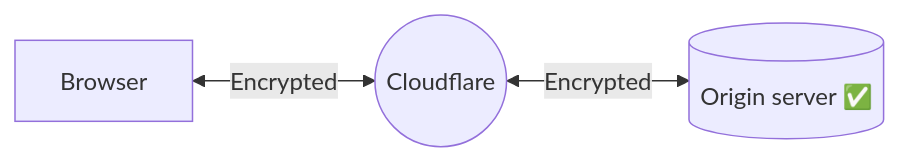
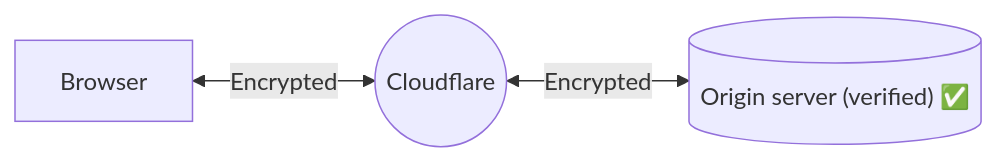
One commit to cloudflare/cloudflare-docs changed the diagram in content/ssl/origin-configuration/ssl-modes/ssl-only-origin-pull.md. Above: the diagram before and after it, drawn with Mermaid. The commit also changed 1 other file, not shown here.

Commit message:
clarified ssl diagrams

```diff
--- a/content/ssl/origin-configuration/ssl-modes/ssl-only-origin-pull.md
+++ b/content/ssl/origin-configuration/ssl-modes/ssl-only-origin-pull.md
@@ -19,6 +19,6 @@
 <div class="mermaid">
 flowchart LR
     accTitle: Strict (SSL-Only Origin Pull) SSL/TLS Encryption
     accDescr: With an encryption mode of Strict (SSL-Only Origin Pull), all connections to the origin will always be made using SSL/TLS.
-    A[Browser] <--Encrypted--> B((Cloudflare))<--Encrypted--> C[("Origin server &#9989;")]
+    A[Browser] <--Encrypted--> B((Cloudflare))<--Encrypted--> C[("Origin server (verified) &#9989;")]
 </div>
```
